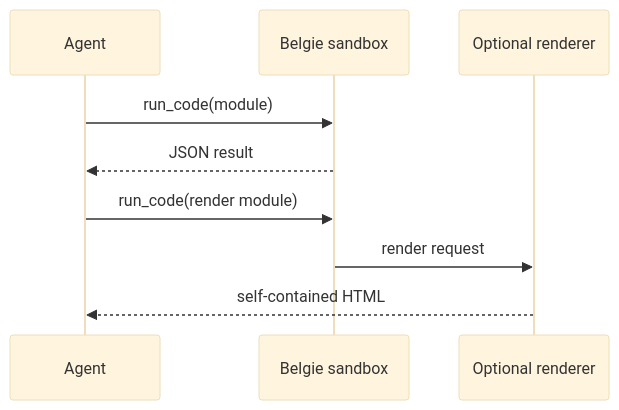
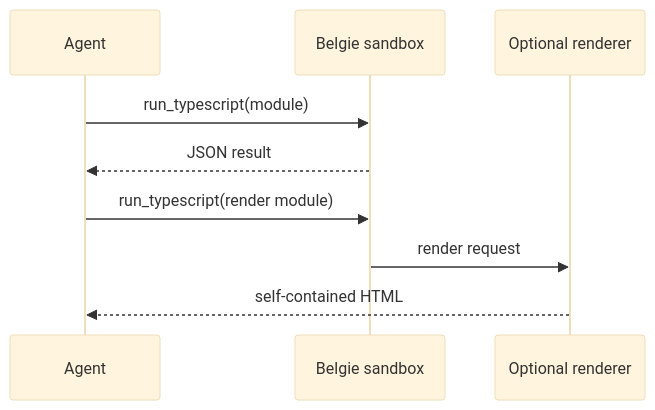
Before and after one commit to mplemay/belgie: the diagram in docs/agents/overview.md, drawn with Mermaid (base theme). The commit also changed other lines of this file and 29 other files, not shown here.

````diff
--- a/docs/agents/overview.md
+++ b/docs/agents/overview.md
@@ -32,12 +29,12 @@
 ```mermaid
 sequenceDiagram
     participant Agent
     participant Sandbox as Belgie sandbox
     participant Renderer as Optional renderer
 
-    Agent->>Sandbox: run_code(module)
+    Agent->>Sandbox: run_typescript(module)
     Sandbox-->>Agent: JSON result
-    Agent->>Sandbox: run_code(render module)
+    Agent->>Sandbox: run_typescript(render module)
     Sandbox->>Renderer: render request
     Renderer-->>Agent: self-contained HTML
 ```
````
